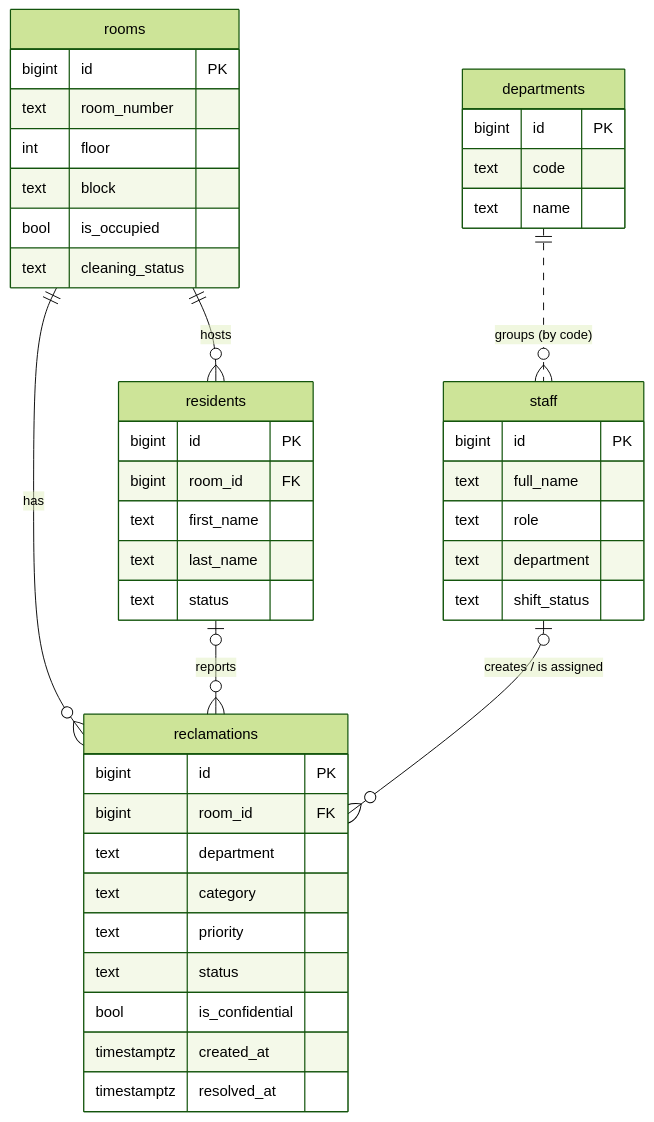
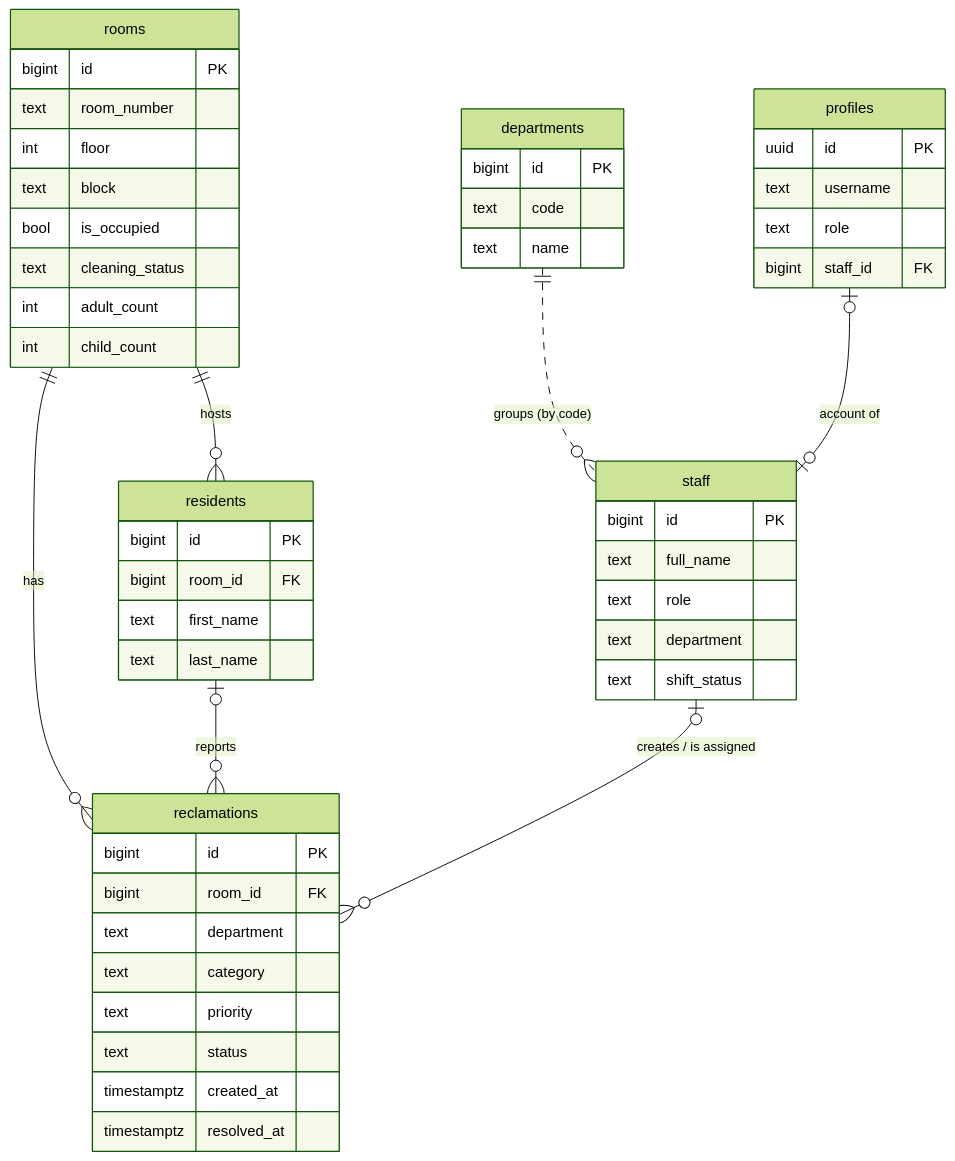
One commit to Qirto/hotel-ses changed the third of 3 diagrams in README.md. Above: the diagram before and after it, drawn with Mermaid (forest theme). The commit also changed other lines of this file and 110 other files, not shown here.

````diff
--- a/README.md
+++ b/README.md
@@ -117,47 +102,54 @@
 ```mermaid
 erDiagram
   rooms ||--o{ residents : hosts
   rooms ||--o{ reclamations : has
   residents |o--o{ reclamations : reports
   staff |o--o{ reclamations : "creates / is assigned"
   departments ||..o{ staff : "groups (by code)"
+  profiles |o--o| staff : "account of"
 
   rooms {
     bigint id PK
     text room_number
     int floor
     text block
     bool is_occupied
     text cleaning_status
+    int adult_count
+    int child_count
   }
   reclamations {
     bigint id PK
     bigint room_id FK
     text department
     text category
     text priority
     text status
-    bool is_confidential
     timestamptz created_at
     timestamptz resolved_at
   }
   staff {
     bigint id PK
     text full_name
     text role
     text department
     text shift_status
   }
   residents {
     bigint id PK
     bigint room_id FK
     text first_name
     text last_name
-    text status
   }
   departments {
     bigint id PK
     text code
     text name
   }
+  profiles {
+    uuid id PK
+    text username
+    text role
+    bigint staff_id FK
+  }
 ```
````
